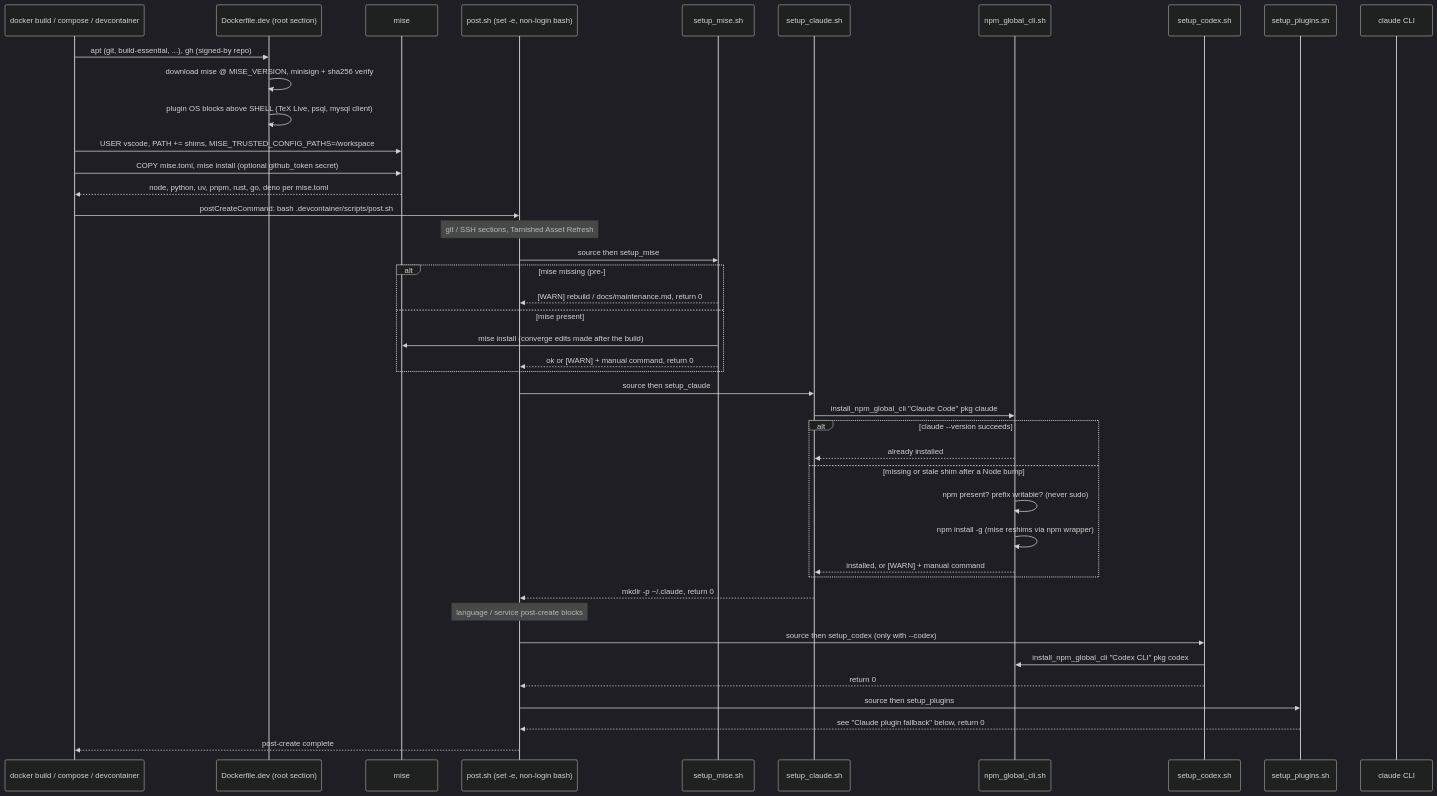
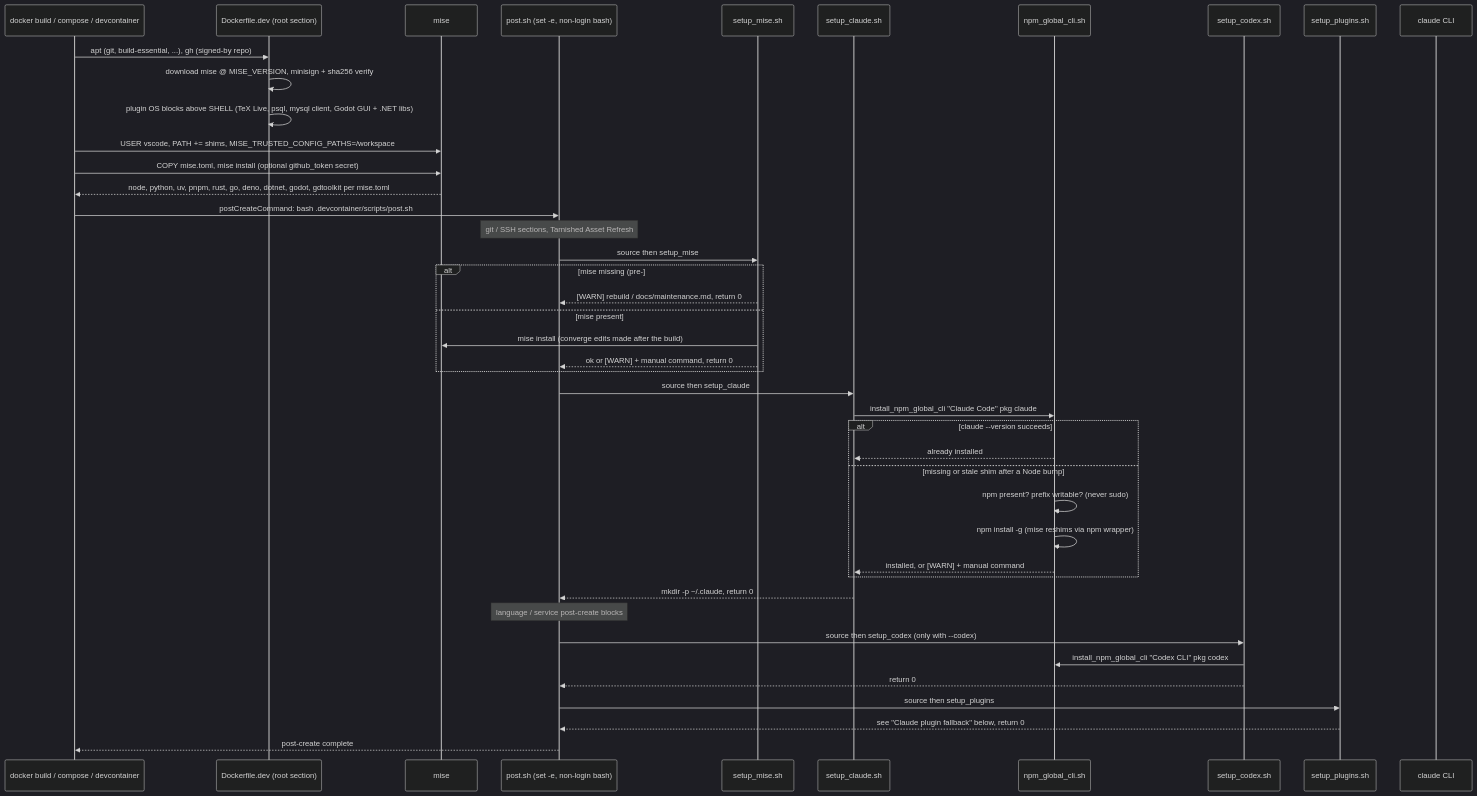
Before and after one commit to TE-ToshiakiTanaka2/tarnished: the third of 17 diagrams in docs/design/shared/sequence.md, drawn with Mermaid (dark theme). The commit also changed other lines of this file and 35 other files, not shown here.

First line of the commit message:
feat: add Godot (GDScript + C#) language flavor with WSLg GUI overlay and headless CI (#332)

````diff
--- a/docs/design/shared/sequence.md
+++ b/docs/design/shared/sequence.md
@@ -86,47 +86,47 @@
 ```mermaid
 sequenceDiagram
     participant Builder as docker build / compose / devcontainer
     participant Root as Dockerfile.dev (root section)
     participant Mise as mise
     participant Post as post.sh (set -e, non-login bash)
     participant SM as setup_mise.sh
     participant SC as setup_claude.sh
     participant NPM as npm_global_cli.sh
     participant SX as setup_codex.sh
     participant SP as setup_plugins.sh
     participant Claude as claude CLI
 
     Builder->>Root: apt (git, build-essential, ...), gh (signed-by repo)
     Root->>Root: download mise @ MISE_VERSION, minisign + sha256 verify
-    Root->>Root: plugin OS blocks above SHELL (TeX Live, psql, mysql client)
+    Root->>Root: plugin OS blocks above SHELL (TeX Live, psql, mysql client, Godot GUI + .NET libs)
     Builder->>Mise: USER vscode, PATH += shims, MISE_TRUSTED_CONFIG_PATHS=/workspace
     Builder->>Mise: COPY mise.toml, mise install (optional github_token secret)
-    Mise-->>Builder: node, python, uv, pnpm, rust, go, deno per mise.toml
+    Mise-->>Builder: node, python, uv, pnpm, rust, go, deno, dotnet, godot, gdtoolkit per mise.toml
 
     Builder->>Post: postCreateCommand: bash .devcontainer/scripts/post.sh
     Note over Post: git / SSH sections, Tarnished Asset Refresh
     Post->>SM: source then setup_mise
     alt mise missing (pre-#325 image)
         SM-->>Post: [WARN] rebuild / docs/maintenance.md, return 0
     else mise present
         SM->>Mise: mise install (converge edits made after the build)
         SM-->>Post: ok or [WARN] + manual command, return 0
     end
     Post->>SC: source then setup_claude
     SC->>NPM: install_npm_global_cli "Claude Code" pkg claude
     alt claude --version succeeds
         NPM-->>SC: already installed
     else missing or stale shim after a Node bump
         NPM->>NPM: npm present? prefix writable? (never sudo)
         NPM->>NPM: npm install -g (mise reshims via npm wrapper)
         NPM-->>SC: installed, or [WARN] + manual command
     end
     SC-->>Post: mkdir -p ~/.claude, return 0
     Note over Post: language / service post-create blocks
     Post->>SX: source then setup_codex (only with --codex)
     SX->>NPM: install_npm_global_cli "Codex CLI" pkg codex
     SX-->>Post: return 0
     Post->>SP: source then setup_plugins
     SP-->>Post: see "Claude plugin fallback" below, return 0
     Post-->>Builder: post-create complete
 ```
````
